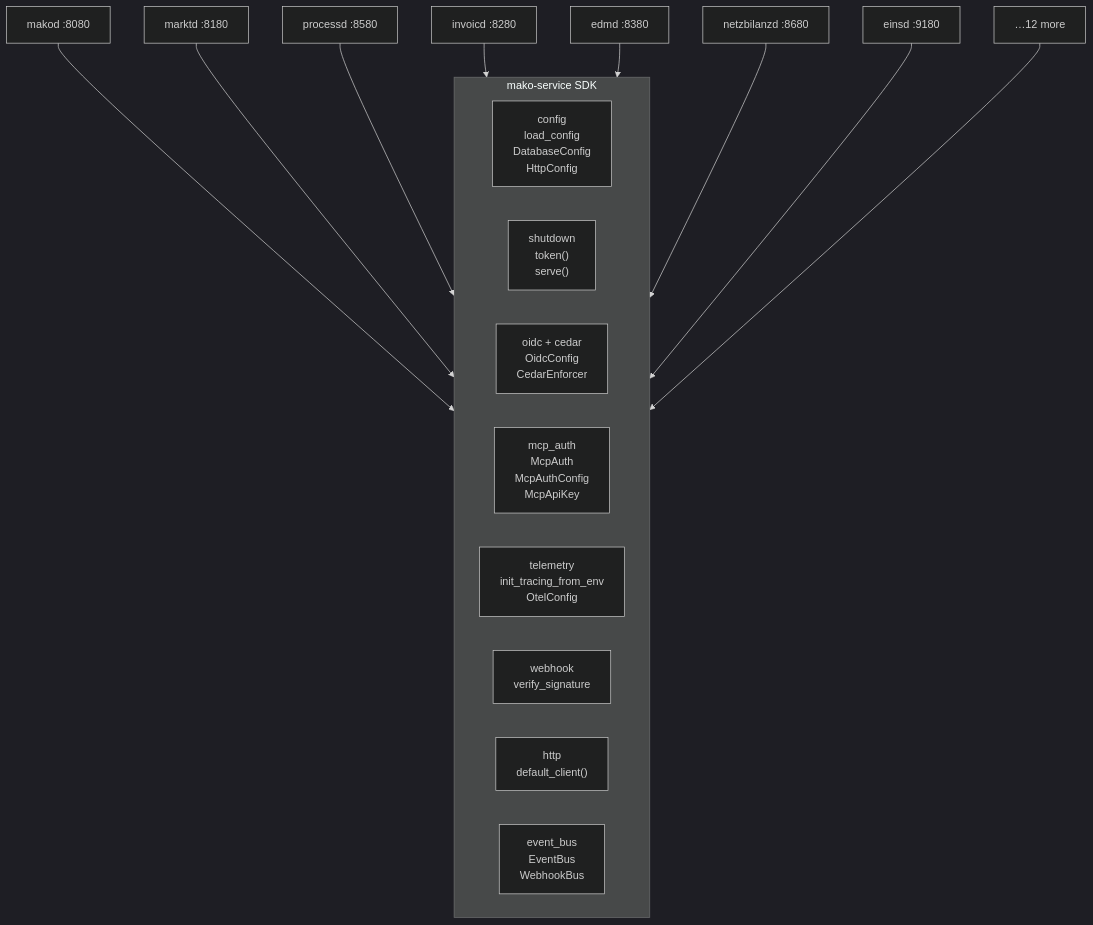
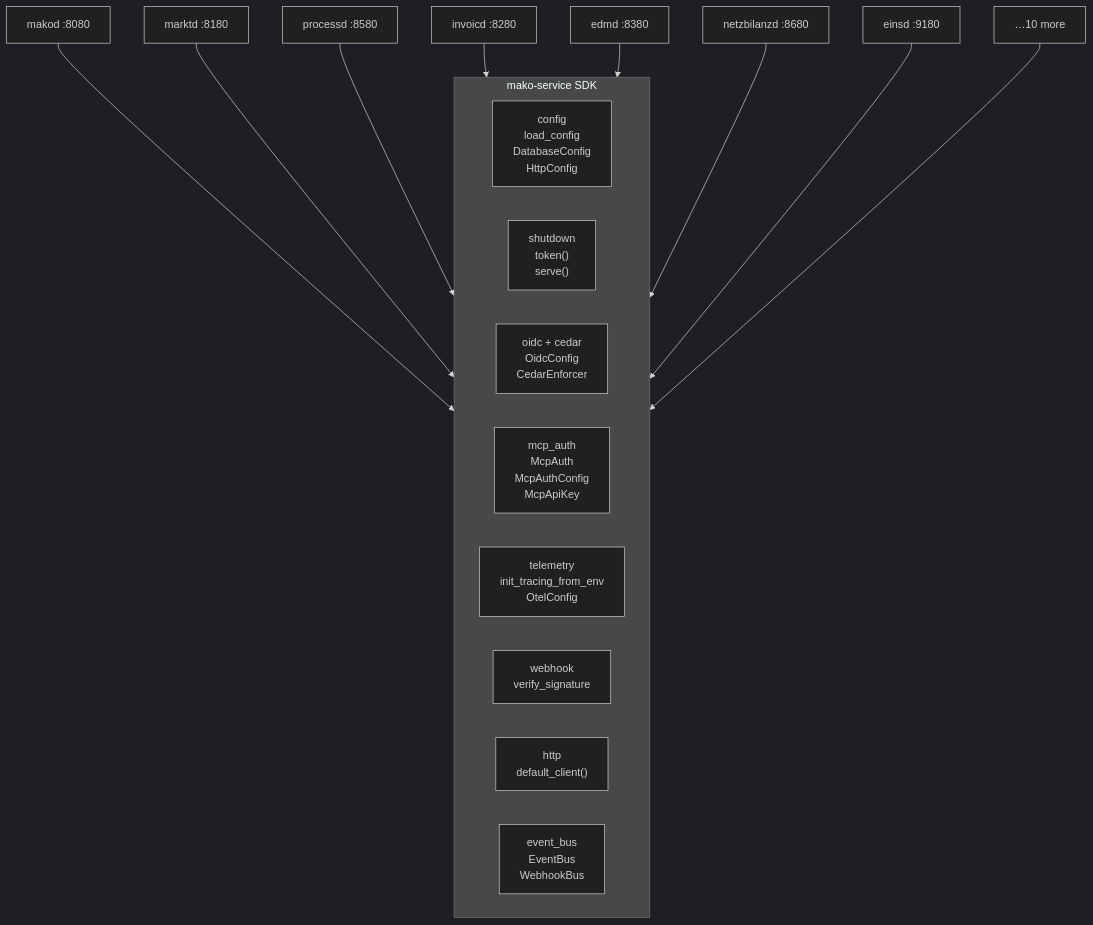
One commit to hupe1980/mako changed the fourth of 5 diagrams in site/content/docs/architecture/_index.md. Above: the diagram before and after it, drawn with Mermaid (dark theme). The commit also changed other lines of this file and 101 other files, not shown here.

````diff
--- a/site/content/docs/architecture/_index.md
+++ b/site/content/docs/architecture/_index.md
@@ -424,19 +427,19 @@
 ```mermaid
 graph TD
     A["makod :8080"] & B["marktd :8180"] & C["processd :8580"] & D["invoicd :8280"]
-    E["edmd :8380"] & F["netzbilanzd :8680"] & G["einsd :9180"] & H["…12 more"]
+    E["edmd :8380"] & F["netzbilanzd :8680"] & G["einsd :9180"] & H["…10 more"]
 
     subgraph sdk ["mako-service SDK"]
         direction LR
         CFG["config<br/>load_config<br/>DatabaseConfig<br/>HttpConfig"]
         SD["shutdown<br/>token()<br/>serve()"]
         AUTH["oidc + cedar<br/>OidcConfig<br/>CedarEnforcer"]
         MCP["mcp_auth<br/>McpAuth<br/>McpAuthConfig<br/>McpApiKey"]
         TEL["telemetry<br/>init_tracing_from_env<br/>OtelConfig"]
         WEB["webhook<br/>verify_signature"]
         HTTP["http<br/>default_client()"]
         EB["event_bus<br/>EventBus<br/>WebhookBus"]
     end
 
     A & B & C & D & E & F & G & H --> sdk
 ```
````
